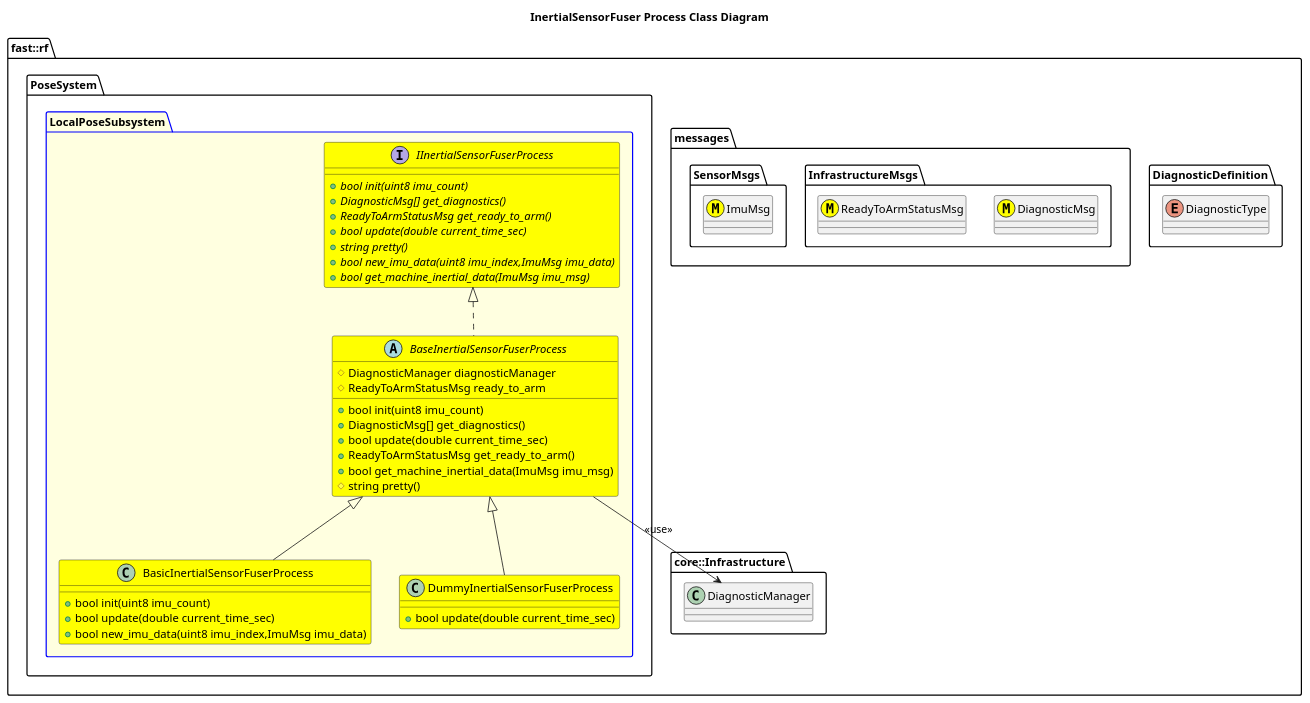
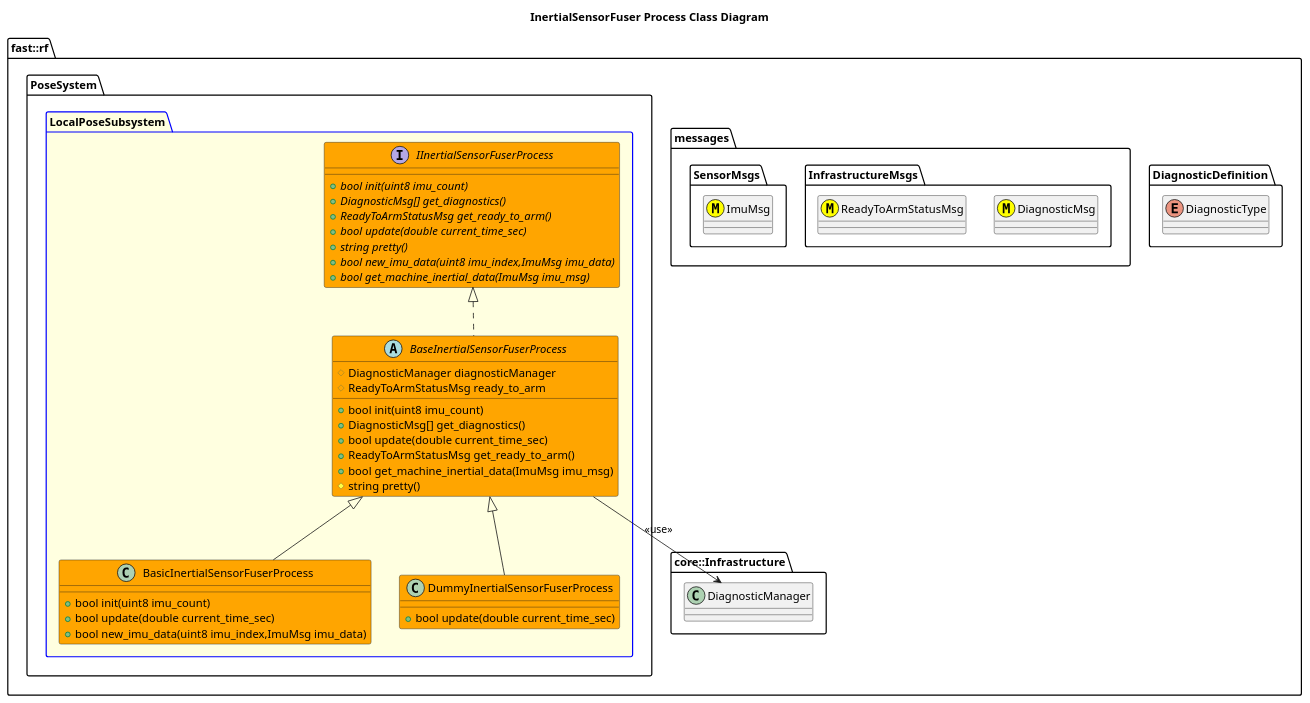
One commit to fastrobotics/robot_framework changed the diagram in Systems/Pose/Subsystems/LocalPose/Processes/InertialSensorFuser/doc/puml/InertialSensorFuserProcessClassDiagram.puml. Above: the diagram before and after it, drawn with PlantUML. The commit also changed 7 other files, not shown here.

```diff
--- a/Systems/Pose/Subsystems/LocalPose/Processes/InertialSensorFuser/doc/puml/InertialSensorFuserProcessClassDiagram.puml
+++ b/Systems/Pose/Subsystems/LocalPose/Processes/InertialSensorFuser/doc/puml/InertialSensorFuserProcessClassDiagram.puml
@@ -1,57 +1,57 @@
 @startuml
 title InertialSensorFuser Process Class Diagram
 
 namespace fast::rf {
   namespace DiagnosticDefinition {
     enum DiagnosticType
   }
   namespace messages {
     namespace InfrastructureMsgs {
       class DiagnosticMsg <<(M,#FFFF00)>>
       class ReadyToArmStatusMsg <<(M,#FFFF00)>>
     }
     namespace SensorMsgs {
       class ImuMsg <<(M,#FFFF00)>>
     }
   }
   namespace core::Infrastructure {
     class DiagnosticManager
   }
   namespace PoseSystem {
     package LocalPoseSubsystem #LightYellow;line:blue {
-        interface IInertialSensorFuserProcess #Yellow {
+        interface IInertialSensorFuserProcess #Orange {
           +{abstract} bool init(uint8 imu_count)
           +{abstract} DiagnosticMsg[] get_diagnostics()
           +{abstract} ReadyToArmStatusMsg get_ready_to_arm()
           +{abstract} bool update(double current_time_sec)
           +{abstract} string pretty()
           +{abstract} bool new_imu_data(uint8 imu_index,ImuMsg imu_data)
           +{abstract} bool get_machine_inertial_data(ImuMsg imu_msg)
         }
-        abstract BaseInertialSensorFuserProcess #Yellow {
+        abstract BaseInertialSensorFuserProcess #Orange {
           +bool init(uint8 imu_count)
           +DiagnosticMsg[] get_diagnostics()
           +bool update(double current_time_sec)
           +ReadyToArmStatusMsg get_ready_to_arm()
           +bool get_machine_inertial_data(ImuMsg imu_msg)
           #string pretty()
           #DiagnosticManager diagnosticManager
           #ReadyToArmStatusMsg ready_to_arm
 
         }
         BaseInertialSensorFuserProcess .up.|> IInertialSensorFuserProcess
         BaseInertialSensorFuserProcess --> DiagnosticManager: <<use>>
-        class BasicInertialSensorFuserProcess #Yellow {
+        class BasicInertialSensorFuserProcess #Orange {
           +bool init(uint8 imu_count)
           +bool update(double current_time_sec)
           +bool new_imu_data(uint8 imu_index,ImuMsg imu_data)
         }
         BasicInertialSensorFuserProcess -up-|> BaseInertialSensorFuserProcess
-        class DummyInertialSensorFuserProcess #Yellow {
+        class DummyInertialSensorFuserProcess #Orange {
           +bool update(double current_time_sec)
         }
         DummyInertialSensorFuserProcess -up-|> BaseInertialSensorFuserProcess
     }
   }
 }
 @enduml
```
